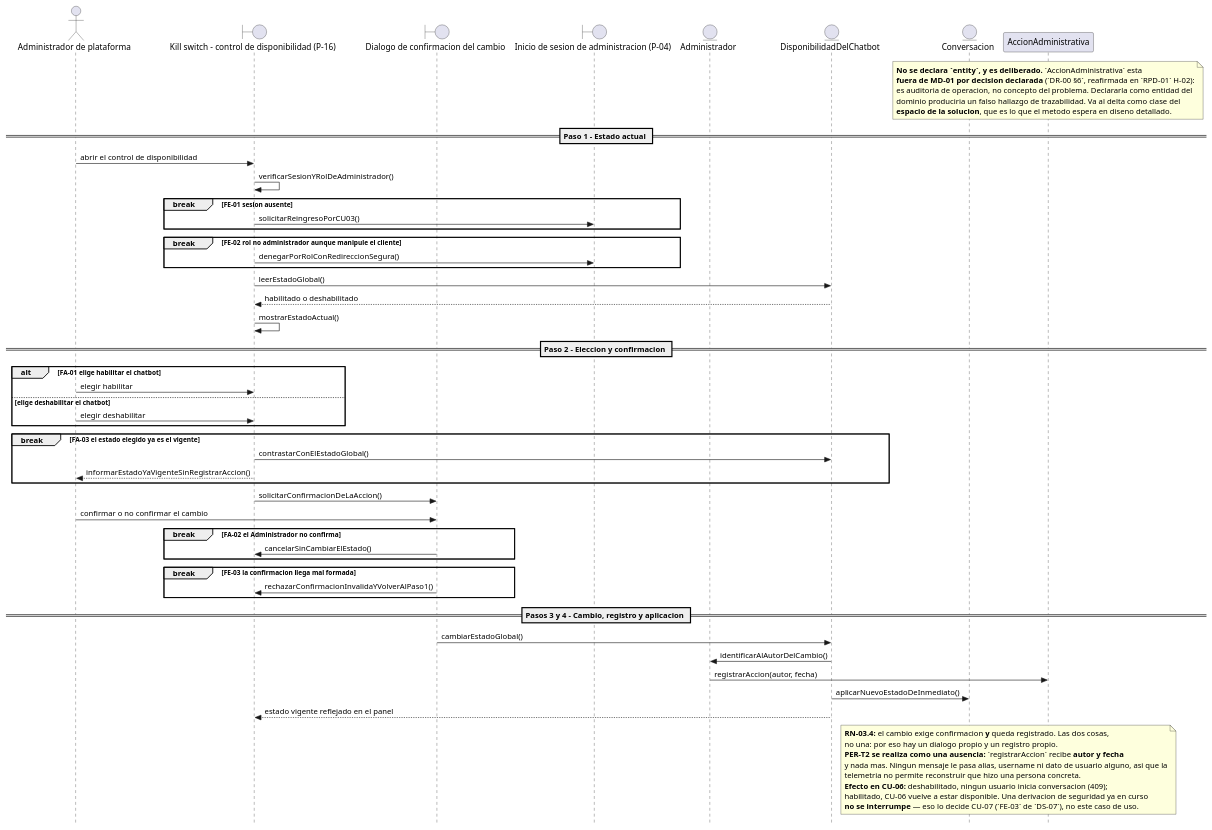
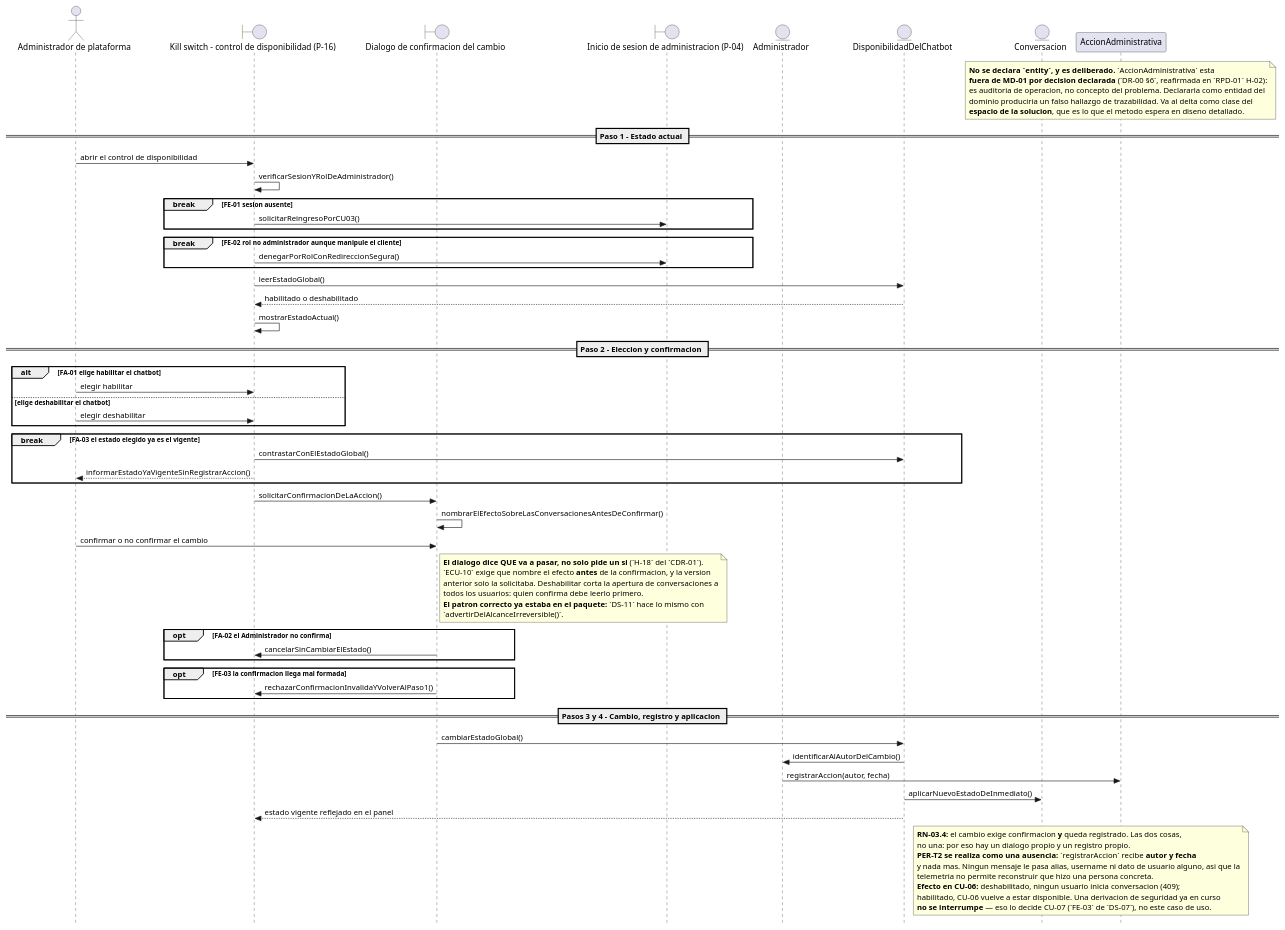
Before and after one commit to jonatan8254/alan-aura-academico: the diagram in docs/07_casos_uso/secuencia/puml/DS-10_secuencia_habilitar_deshabilitar_chatbot.puml, drawn with PlantUML. The commit also changed 15 other files, not shown here.

```diff
--- a/docs/07_casos_uso/secuencia/puml/DS-10_secuencia_habilitar_deshabilitar_chatbot.puml
+++ b/docs/07_casos_uso/secuencia/puml/DS-10_secuencia_habilitar_deshabilitar_chatbot.puml
@@ -1,89 +1,102 @@
 @startuml
 ' DS-10 - Secuencia de CU-10 «Habilitar o deshabilitar el chatbot»
+' v1.1 (CDR-01): H-01 — FA-02 y FE-03 pasan de break a opt.
+'       H-18 — el dialogo NOMBRA EL EFECTO antes de confirmar, no solo pide confirmacion.
+'       H-20 — alias B_LoginAdmin unificado a B_PaginaInicioSesionAdmin (era divergente con DS-03).
 ' v1.0 (fase de diseno detallado, ICONIX paso 6)
 ' Insumos: DR-10 v2.0 (11 controladores), ECU-10 v2.0, MD-01 v1.4, DCU-01 v2.1,
 '          DIS-00 (P-16; destino P-04), MV-01 RN-03.4/RN-03.7, PER-01 v1.2.
 ' Capa de infraestructura: NO EJECUTADA por decision declarada (E-1 de DS-00).
 
 skinparam style strictuml
 skinparam shadowing false
 skinparam responseMessageBelowArrow true
 
 actor "Administrador de plataforma" as ACT_Administrador
 boundary "Kill switch - control de disponibilidad (P-16)" as B_ControlDisponibilidad
 boundary "Dialogo de confirmacion del cambio" as B_DialogoConfirmacion
-boundary "Inicio de sesion de administracion (P-04)" as B_LoginAdmin
+boundary "Inicio de sesion de administracion (P-04)" as B_PaginaInicioSesionAdmin
 entity "Administrador" as E_Administrador
 entity "DisponibilidadDelChatbot" as E_DisponibilidadDelChatbot
 entity "Conversacion" as E_Conversacion
 participant "AccionAdministrativa" as INF_AccionAdministrativa
 
 note over INF_AccionAdministrativa
   <b>No se declara `entity`, y es deliberado.</b> `AccionAdministrativa` esta
   <b>fuera de MD-01 por decision declarada</b> (`DR-00 §6`, reafirmada en `RPD-01` H-02):
   es auditoria de operacion, no concepto del problema. Declararla como entidad del
   dominio produciria un falso hallazgo de trazabilidad. Va al delta como clase del
   <b>espacio de la solucion</b>, que es lo que el metodo espera en diseno detallado.
 end note
 
 == Paso 1 - Estado actual ==
 
 ACT_Administrador -> B_ControlDisponibilidad : abrir el control de disponibilidad
 B_ControlDisponibilidad -> B_ControlDisponibilidad : verificarSesionYRolDeAdministrador()
 
 break FE-01 sesion ausente
-  B_ControlDisponibilidad -> B_LoginAdmin : solicitarReingresoPorCU03()
+  B_ControlDisponibilidad -> B_PaginaInicioSesionAdmin : solicitarReingresoPorCU03()
 end
 
 break FE-02 rol no administrador aunque manipule el cliente
-  B_ControlDisponibilidad -> B_LoginAdmin : denegarPorRolConRedireccionSegura()
+  B_ControlDisponibilidad -> B_PaginaInicioSesionAdmin : denegarPorRolConRedireccionSegura()
 end
 
 B_ControlDisponibilidad -> E_DisponibilidadDelChatbot : leerEstadoGlobal()
 E_DisponibilidadDelChatbot --> B_ControlDisponibilidad : habilitado o deshabilitado
 B_ControlDisponibilidad -> B_ControlDisponibilidad : mostrarEstadoActual()
 
 == Paso 2 - Eleccion y confirmacion ==
 
 alt FA-01 elige habilitar el chatbot
   ACT_Administrador -> B_ControlDisponibilidad : elegir habilitar
 else elige deshabilitar el chatbot
   ACT_Administrador -> B_ControlDisponibilidad : elegir deshabilitar
 end
 
 break FA-03 el estado elegido ya es el vigente
   B_ControlDisponibilidad -> E_DisponibilidadDelChatbot : contrastarConElEstadoGlobal()
   B_ControlDisponibilidad --> ACT_Administrador : informarEstadoYaVigenteSinRegistrarAccion()
 end
 
 B_ControlDisponibilidad -> B_DialogoConfirmacion : solicitarConfirmacionDeLaAccion()
+B_DialogoConfirmacion -> B_DialogoConfirmacion : nombrarElEfectoSobreLasConversacionesAntesDeConfirmar()
 ACT_Administrador -> B_DialogoConfirmacion : confirmar o no confirmar el cambio
 
-break FA-02 el Administrador no confirma
+note right of B_DialogoConfirmacion
+  <b>El dialogo dice QUE va a pasar, no solo pide un si</b> (`H-18` del `CDR-01`).
+  `ECU-10` exige que nombre el efecto <b>antes</b> de la confirmacion, y la version
+  anterior solo la solicitaba. Deshabilitar corta la apertura de conversaciones a
+  todos los usuarios: quien confirma debe leerlo primero.
+  <b>El patron correcto ya estaba en el paquete:</b> `DS-11` hace lo mismo con
+  `advertirDelAlcanceIrreversible()`.
+end note
+
+opt FA-02 el Administrador no confirma
   B_DialogoConfirmacion -> B_ControlDisponibilidad : cancelarSinCambiarElEstado()
 end
 
-break FE-03 la confirmacion llega mal formada
+opt FE-03 la confirmacion llega mal formada
   B_DialogoConfirmacion -> B_ControlDisponibilidad : rechazarConfirmacionInvalidaYVolverAlPaso1()
 end
 
 == Pasos 3 y 4 - Cambio, registro y aplicacion ==
 
 B_DialogoConfirmacion -> E_DisponibilidadDelChatbot : cambiarEstadoGlobal()
 E_DisponibilidadDelChatbot -> E_Administrador : identificarAlAutorDelCambio()
 E_Administrador -> INF_AccionAdministrativa : registrarAccion(autor, fecha)
 E_DisponibilidadDelChatbot -> E_Conversacion : aplicarNuevoEstadoDeInmediato()
 E_DisponibilidadDelChatbot --> B_ControlDisponibilidad : estado vigente reflejado en el panel
 
 note over INF_AccionAdministrativa, E_Conversacion
   <b>RN-03.4:</b> el cambio exige confirmacion <b>y</b> queda registrado. Las dos cosas,
   no una: por eso hay un dialogo propio y un registro propio.
   <b>PER-T2 se realiza como una ausencia:</b> `registrarAccion` recibe <b>autor y fecha</b>
   y nada mas. Ningun mensaje le pasa alias, username ni dato de usuario alguno, asi que la
   telemetria no permite reconstruir que hizo una persona concreta.
   <b>Efecto en CU-06:</b> deshabilitado, ningun usuario inicia conversacion (409);
   habilitado, CU-06 vuelve a estar disponible. Una derivacion de seguridad ya en curso
   <b>no se interrumpe</b> — eso lo decide CU-07 (`FE-03` de `DS-07`), no este caso de uso.
 end note
 
 @enduml
```
